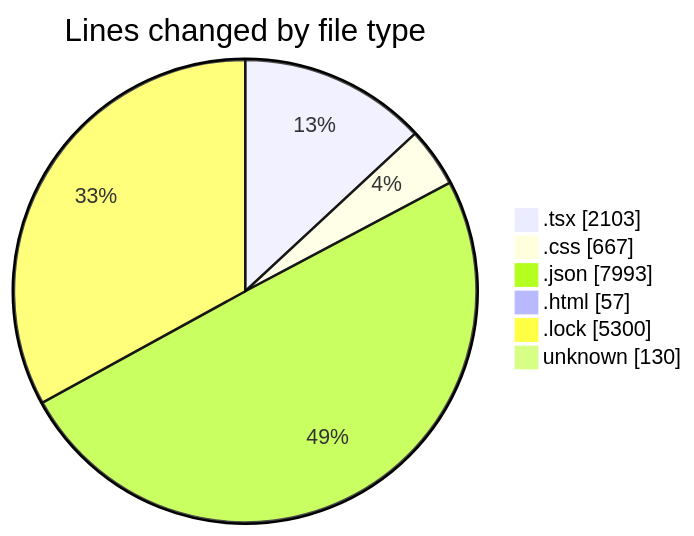
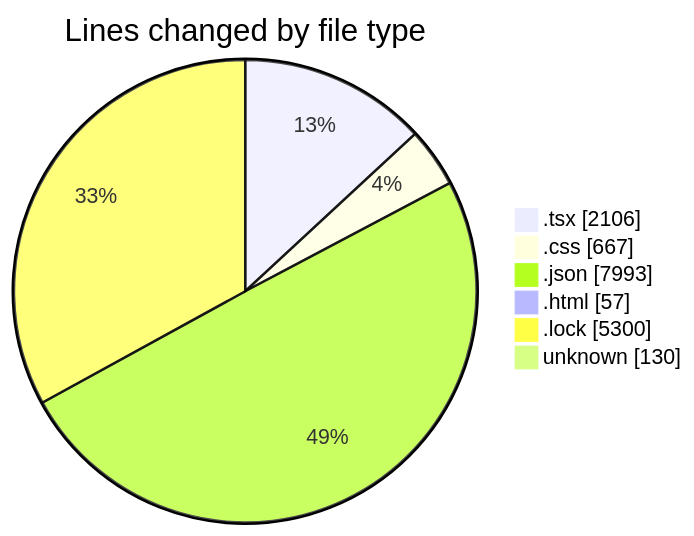
The first of 2 diagrams in 2025-08-12/ribbon/README.md (EIIisD/code-tracking), drawn with Mermaid before and after one commit. The commit also changed other lines of this file and 1 other file, not shown here.

````diff
--- a/2025-08-12/ribbon/README.md
+++ b/2025-08-12/ribbon/README.md
@@ -36,10 +36,10 @@
 ```mermaid
 pie showData
 title Lines changed by file type
-".tsx" : 2103
+".tsx" : 2106
 ".css" : 667
 ".json" : 7993
 ".html" : 57
 ".lock" : 5300
 "unknown" : 130
 ```
````
